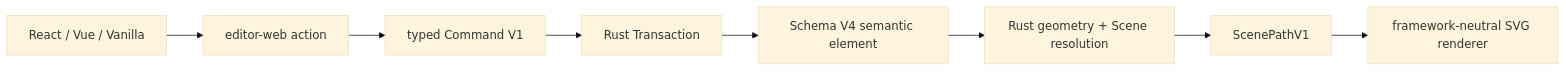
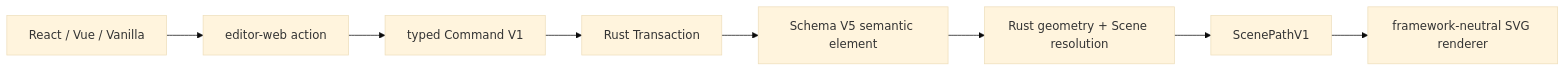
Before and after one commit to deweyou/node-ink: the diagram in docs/planning/phase1b-basic-shapes.md, drawn with Mermaid (base theme). The commit also changed other lines of this file and 43 other files, not shown here.

````diff
--- a/docs/planning/phase1b-basic-shapes.md
+++ b/docs/planning/phase1b-basic-shapes.md
@@ -3,10 +3,10 @@
 ```mermaid
 flowchart LR
     Host["React / Vue / Vanilla"] --> Controller["editor-web action"]
     Controller --> Command["typed Command V1"]
     Command --> Rust["Rust Transaction"]
-    Rust --> Document["Schema V4 semantic element"]
+    Rust --> Document["Schema V5 semantic element"]
     Document --> Resolver["Rust geometry + Scene resolution"]
     Resolver --> Path["ScenePathV1"]
     Path --> Renderer["framework-neutral SVG renderer"]
 ```
````
